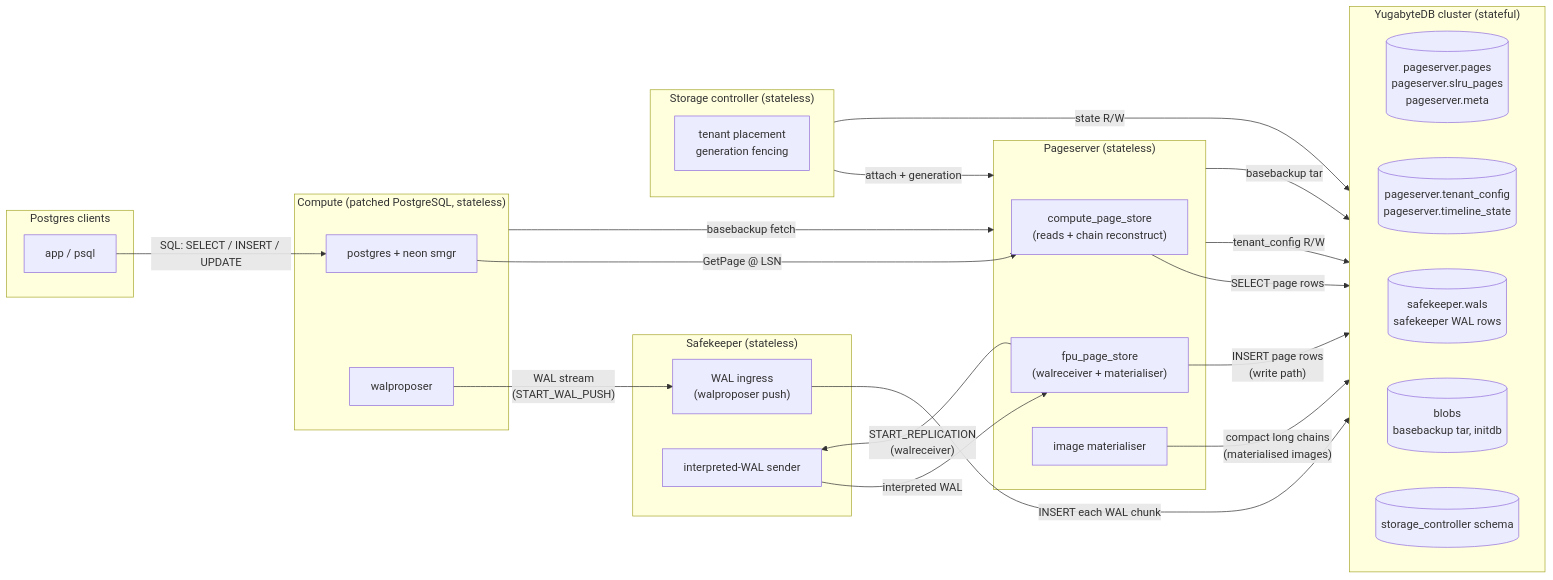
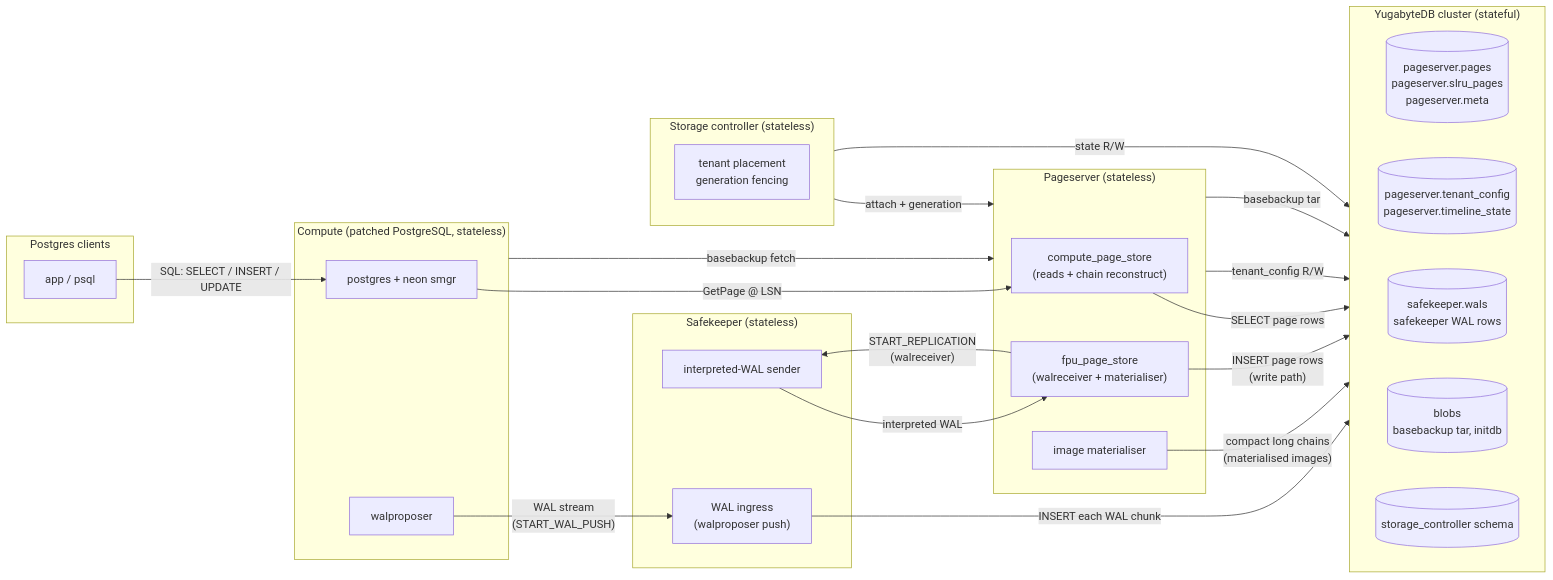
The diagram in README.md (yugabyte/meko), drawn with Mermaid before and after one commit. The commit also changed other lines of this file, not shown here.

First line of the commit message:
docs: README: uncross safekeeper nodes in architecture diagram

````diff
--- a/README.md
+++ b/README.md
@@ -28,50 +28,50 @@
 ```mermaid
 flowchart LR
     subgraph clients["Postgres clients"]
         app["app / psql"]
     end
 
     subgraph compute["Compute (patched PostgreSQL, stateless)"]
         pg["postgres + neon smgr"]
         wp["walproposer"]
     end
 
     subgraph sk["Safekeeper (stateless)"]
+        sks["interpreted-WAL sender"]
         skp["WAL ingress<br/>(walproposer push)"]
-        sks["interpreted-WAL sender"]
     end
 
     subgraph ps["Pageserver (stateless)"]
         cps["compute_page_store<br/>(reads + chain reconstruct)"]
         fps["fpu_page_store<br/>(walreceiver + materialiser)"]
         mat["image materialiser"]
     end
 
     subgraph sc["Storage controller (stateless)"]
         sct["tenant placement<br/>generation fencing"]
     end
 
     subgraph yb["YugabyteDB cluster (stateful)"]
         direction LR
         tblPages[("pageserver.pages<br/>pageserver.slru_pages<br/>pageserver.meta")]
         tblConf[("pageserver.tenant_config<br/>pageserver.timeline_state")]
         tblWal[("safekeeper.wals<br/>safekeeper WAL rows")]
         tblBlob[("blobs<br/>basebackup tar, initdb")]
         tblSc[("storage_controller schema")]
     end
 
     app -- "SQL: SELECT / INSERT / UPDATE" --> pg
     pg -- "GetPage @ LSN" --> cps
     wp -- "WAL stream<br/>(START_WAL_PUSH)" --> skp
     skp -- "INSERT each WAL chunk" --> tblWal
     fps -- "START_REPLICATION<br/>(walreceiver)" --> sks
     sks -- "interpreted WAL" --> fps
     cps -- "SELECT page rows" --> tblPages
     fps -- "INSERT page rows<br/>(write path)" --> tblPages
     mat -- "compact long chains<br/>(materialised images)" --> tblPages
     ps -- "tenant_config R/W" --> tblConf
     sc -- "attach + generation" --> ps
     sc -- "state R/W" --> tblSc
     ps -- "basebackup tar" --> tblBlob
     compute -- "basebackup fetch" --> ps
 ```
````
